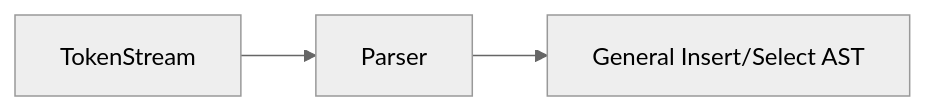
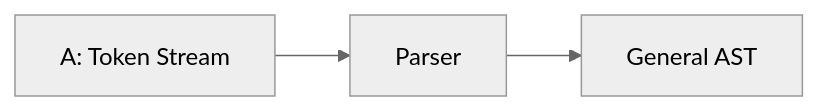
One commit to tail1887/sql_parsor changed the seventh of 12 diagrams in README.md. Above: the diagram before and after it, drawn with Mermaid (neutral theme). The commit also changed other lines of this file, not shown here.

````diff
--- a/README.md
+++ b/README.md
@@ -131,5 +115,5 @@
 ```mermaid
 flowchart LR
-    a1["TokenStream"] --> a2["Parser"]
-    a2 --> a3["General Insert/Select AST"]
+    a1["A: Token Stream"] --> a2["Parser"]
+    a2 --> a3["General AST"]
 ```
````
